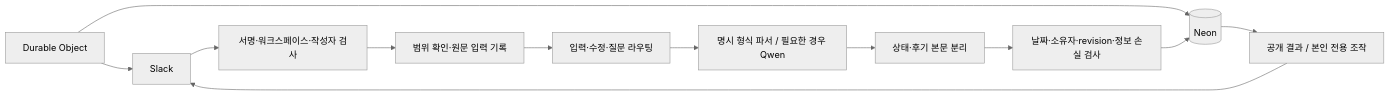
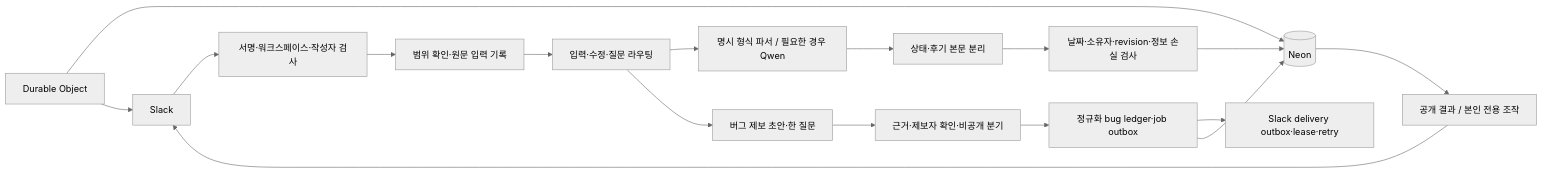
Before and after one commit to Betalgeuse/otl1: the first of 2 diagrams in docs/ARCHITECTURE.md, drawn with Mermaid (neutral theme). The commit also changed other lines of this file and 7 other files, not shown here.

First line of the commit message:
Keep the bug-intake boundary reviewable before release

````diff
--- a/docs/ARCHITECTURE.md
+++ b/docs/ARCHITECTURE.md
@@ -5,14 +5,19 @@
 ```mermaid
 flowchart LR
   Slack --> Signature[서명·워크스페이스·작성자 검사]
   Signature --> Intake[범위 확인·원문 입력 기록]
   Intake --> Router[입력·수정·질문 라우팅]
   Router --> Parser[명시 형식 파서 / 필요한 경우 Qwen]
   Parser --> Decision[상태·후기 본문 분리]
   Decision --> Guard[날짜·소유자·revision·정보 손실 검사]
+  Router --> BugIntake[버그 제보 초안·한 질문]
+  BugIntake --> BugGuard[근거·제보자 확인·비공개 분기]
+  BugGuard --> BugLedger[정규화 bug ledger·job outbox]
+  BugLedger --> Delivery[Slack delivery outbox·lease·retry]
   Guard --> DB[(Neon)]
+  BugLedger --> DB
   DB --> Output[공개 결과 / 본인 전용 조작]
   Output --> Slack
   Clock[Durable Object] --> DB
   Clock --> Slack
 ```
````
